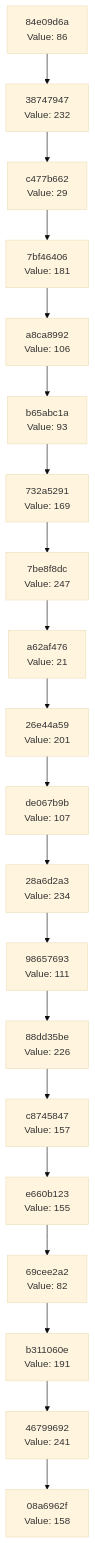
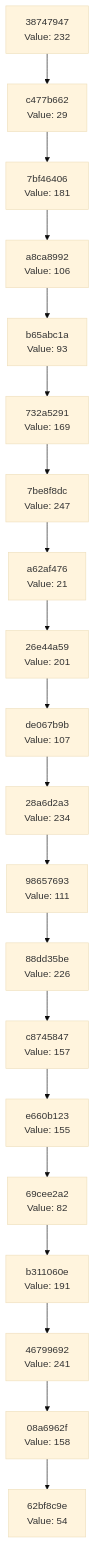
The diagram in docs/CHAIN_VISUALIZATION.md (Abhisheksinha1506/hash-chain-evolver), drawn with Mermaid (base theme) before and after one commit. The commit also changed 2 other files, not shown here.

Commit message:
Evolution Step

````diff
--- a/docs/CHAIN_VISUALIZATION.md
+++ b/docs/CHAIN_VISUALIZATION.md
@@ -3,42 +3,42 @@
 ```mermaid
 graph TD
-    C0["08a6962f<br/>Value: 158"]
-    C1["46799692<br/>Value: 241"]
+    C0["62bf8c9e<br/>Value: 54"]
+    C1["08a6962f<br/>Value: 158"]
     C1 --> C0
-    C2["b311060e<br/>Value: 191"]
+    C2["46799692<br/>Value: 241"]
     C2 --> C1
-    C3["69cee2a2<br/>Value: 82"]
+    C3["b311060e<br/>Value: 191"]
     C3 --> C2
-    C4["e660b123<br/>Value: 155"]
+    C4["69cee2a2<br/>Value: 82"]
     C4 --> C3
-    C5["c8745847<br/>Value: 157"]
+    C5["e660b123<br/>Value: 155"]
     C5 --> C4
-    C6["88dd35be<br/>Value: 226"]
+    C6["c8745847<br/>Value: 157"]
     C6 --> C5
-    C7["98657693<br/>Value: 111"]
+    C7["88dd35be<br/>Value: 226"]
     C7 --> C6
-    C8["28a6d2a3<br/>Value: 234"]
+    C8["98657693<br/>Value: 111"]
     C8 --> C7
-    C9["de067b9b<br/>Value: 107"]
+    C9["28a6d2a3<br/>Value: 234"]
     C9 --> C8
-    C10["26e44a59<br/>Value: 201"]
+    C10["de067b9b<br/>Value: 107"]
     C10 --> C9
-    C11["a62af476<br/>Value: 21"]
+    C11["26e44a59<br/>Value: 201"]
     C11 --> C10
-    C12["7be8f8dc<br/>Value: 247"]
+    C12["a62af476<br/>Value: 21"]
     C12 --> C11
-    C13["732a5291<br/>Value: 169"]
+    C13["7be8f8dc<br/>Value: 247"]
     C13 --> C12
-    C14["b65abc1a<br/>Value: 93"]
+    C14["732a5291<br/>Value: 169"]
     C14 --> C13
-    C15["a8ca8992<br/>Value: 106"]
+    C15["b65abc1a<br/>Value: 93"]
     C15 --> C14
-    C16["7bf46406<br/>Value: 181"]
+    C16["a8ca8992<br/>Value: 106"]
     C16 --> C15
-    C17["c477b662<br/>Value: 29"]
+    C17["7bf46406<br/>Value: 181"]
     C17 --> C16
-    C18["38747947<br/>Value: 232"]
+    C18["c477b662<br/>Value: 29"]
     C18 --> C17
-    C19["84e09d6a<br/>Value: 86"]
+    C19["38747947<br/>Value: 232"]
     C19 --> C18
 ```
````
